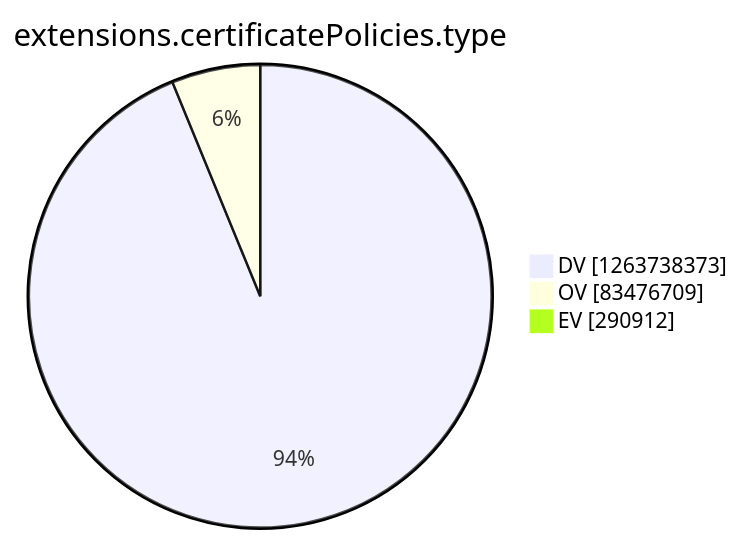
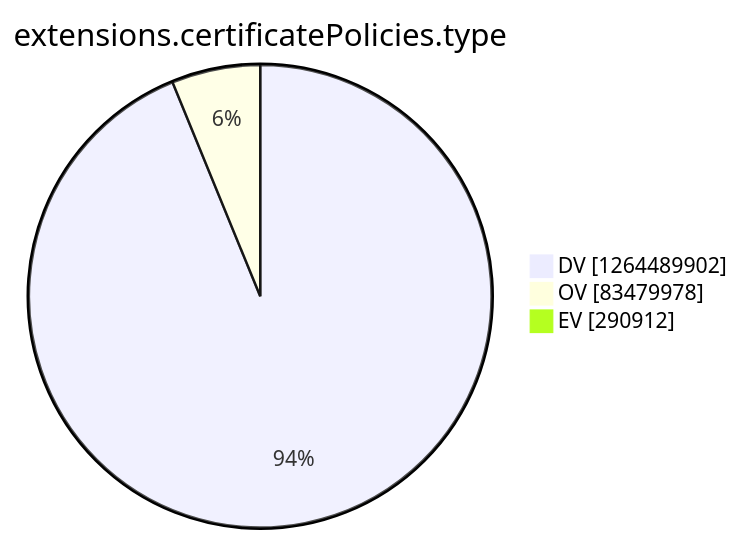
The tenth of 15 diagrams in argon2022/README.md (christiankrug/ctmonitor_visualization), drawn with Mermaid before and after one commit. The commit also changed other lines of this file, not shown here.

````diff
--- a/argon2022/README.md
+++ b/argon2022/README.md
@@ -2771,7 +2771,7 @@
 ```mermaid
 pie showData
 title extensions.certificatePolicies.type
-"DV" :1263738373
-"OV" :83476709
+"DV" :1264489902
+"OV" :83479978
 "EV" :290912
 ```
````
